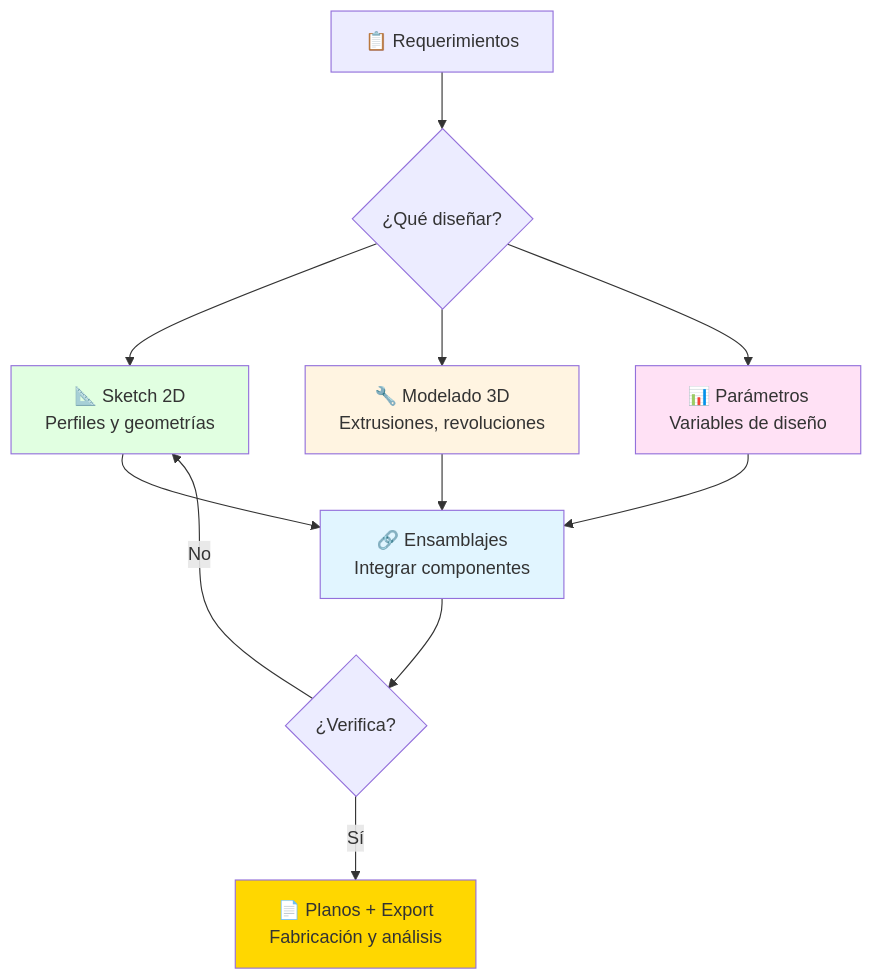
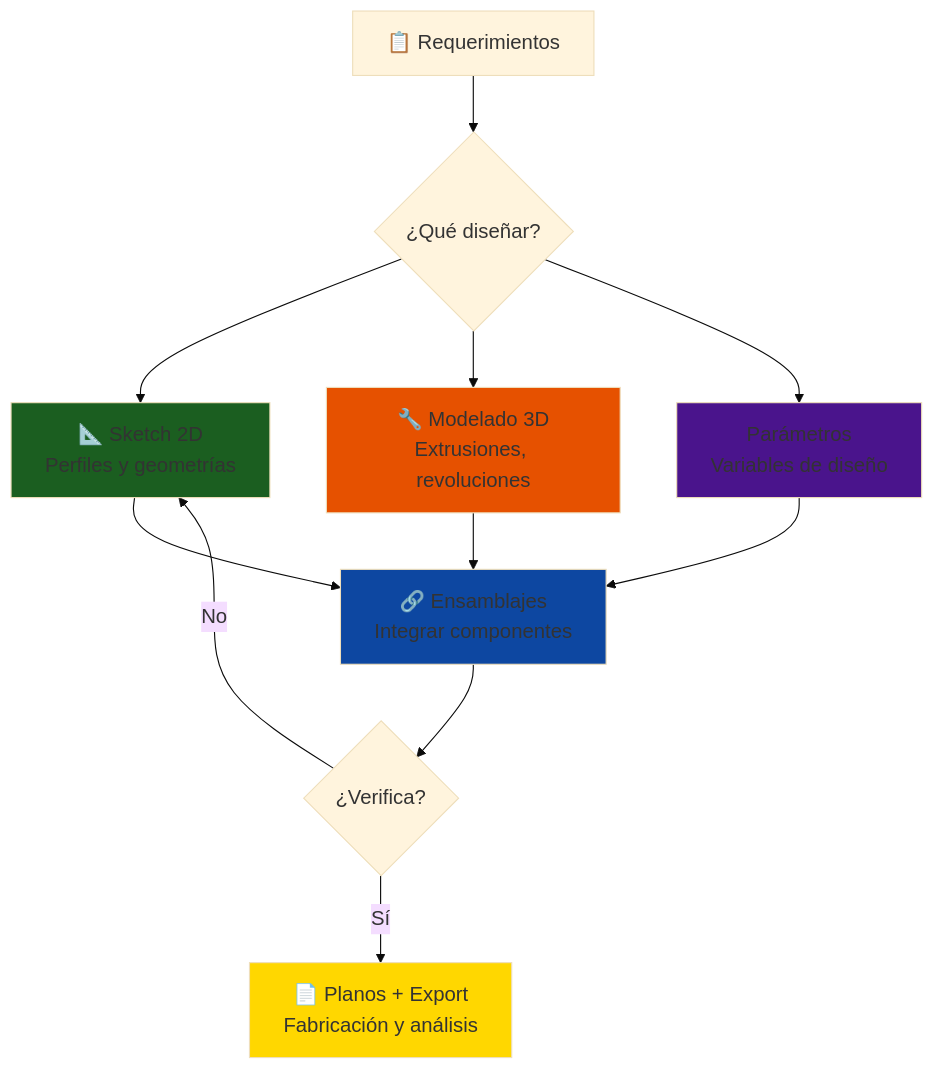
Before and after one commit to Ai-Whisperers/Courses-Content: the second of 10 diagrams in courses/🟡-development/FPUNA-2026/03-INGENIERIA-AERONAUTICA/01-cad-ia.md, drawn with Mermaid. The commit also changed other lines of this file and 47 other files, not shown here.

First line of the commit message:
fix: Make all 473 diagrams WCAG AAA accessible (FPUNA-2026)

````diff
--- a/courses/🟡-development/FPUNA-2026/03-INGENIERIA-AERONAUTICA/01-cad-ia.md
+++ b/courses/🟡-development/FPUNA-2026/03-INGENIERIA-AERONAUTICA/01-cad-ia.md
@@ -191,22 +192,23 @@
 ```mermaid
+%%{init: {'theme':'base', 'themeVariables': {'fontSize':'18px'}}}%%
 graph TD
     Start[📋 Requerimientos] --> Q{¿Qué diseñar?}
     
     Q --> A[📐 Sketch 2D<br/>Perfiles y geometrías]
     Q --> B[🔧 Modelado 3D<br/>Extrusiones, revoluciones]
-    Q --> C[📊 Parámetros<br/>Variables de diseño]
+    Q --> C[Parámetros<br/>Variables de diseño]
     
     A --> D[🔗 Ensamblajes<br/>Integrar componentes]
     B --> D
     C --> D
     
     D --> E{¿Verifica?}
     E -->|No| A
     E -->|Sí| F[📄 Planos + Export<br/>Fabricación y análisis]
     
-    style A fill:#E1FFE1
-    style B fill:#FFF4E1
-    style C fill:#FFE1F5
-    style D fill:#E1F5FF
+    style A fill:#1b5e20
+    style B fill:#e65100
+    style C fill:#4a148c
+    style D fill:#0d47a1
     style F fill:#FFD700
 ```
````
